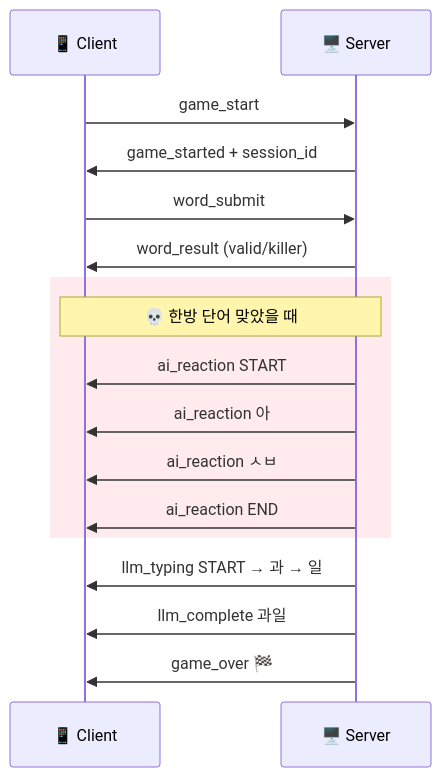
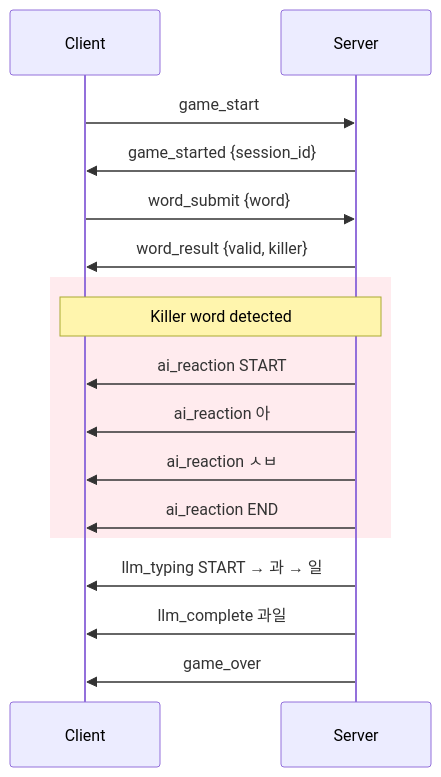
Before and after one commit to Technoetic/word-chain-game: the sixth of 7 diagrams in README.md, drawn with Mermaid. The commit also changed other lines of this file, not shown here.

````diff
--- a/README.md
+++ b/README.md
@@ -98,24 +96,24 @@
 ```mermaid
 sequenceDiagram
-    participant C as 📱 Client
-    participant S as 🖥️ Server
+    participant C as Client
+    participant S as Server
 
     C->>S: game_start
-    S->>C: game_started + session_id
+    S->>C: game_started {session_id}
 
-    C->>S: word_submit
-    S->>C: word_result (valid/killer)
+    C->>S: word_submit {word}
+    S->>C: word_result {valid, killer}
 
     rect rgb(255, 235, 238)
-        Note over C,S: 💀 한방 단어 맞았을 때
+        Note over C,S: Killer word detected
         S->>C: ai_reaction START
         S->>C: ai_reaction 아
         S->>C: ai_reaction ㅅㅂ
         S->>C: ai_reaction END
     end
 
     S->>C: llm_typing START → 과 → 일
     S->>C: llm_complete 과일
 
-    S->>C: game_over 🏁
+    S->>C: game_over
 ```
````
